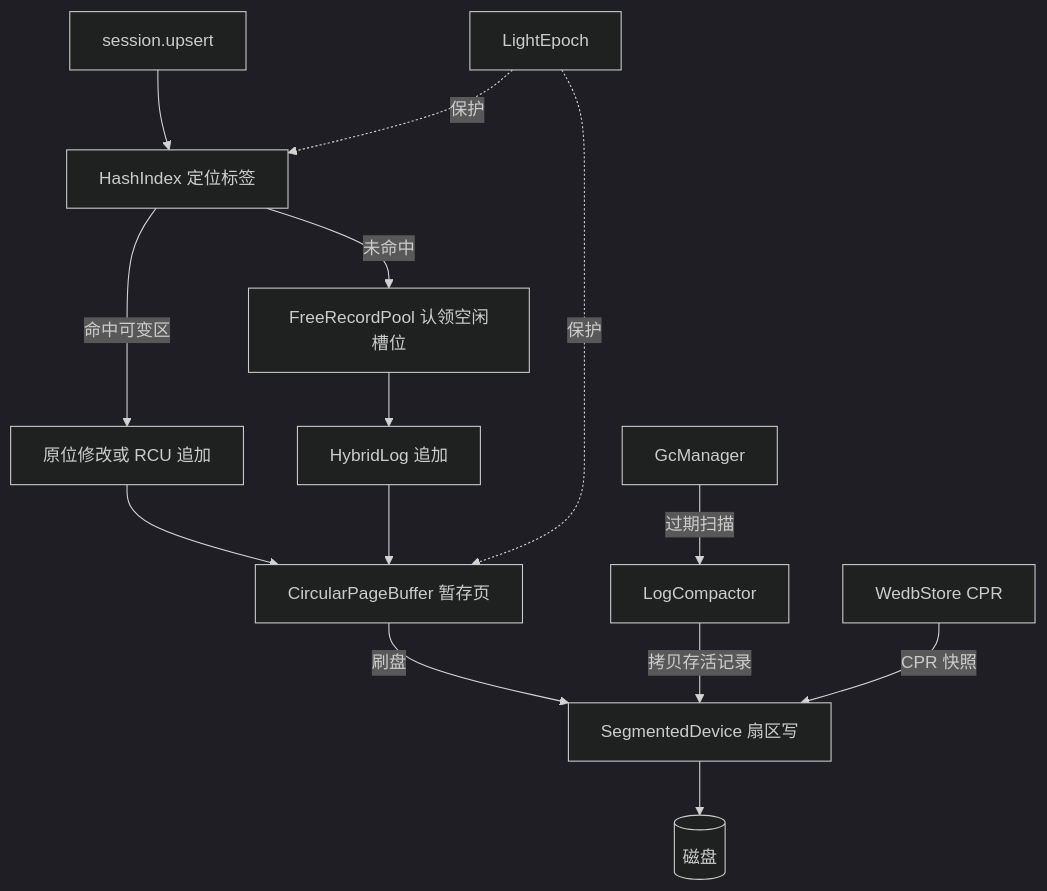
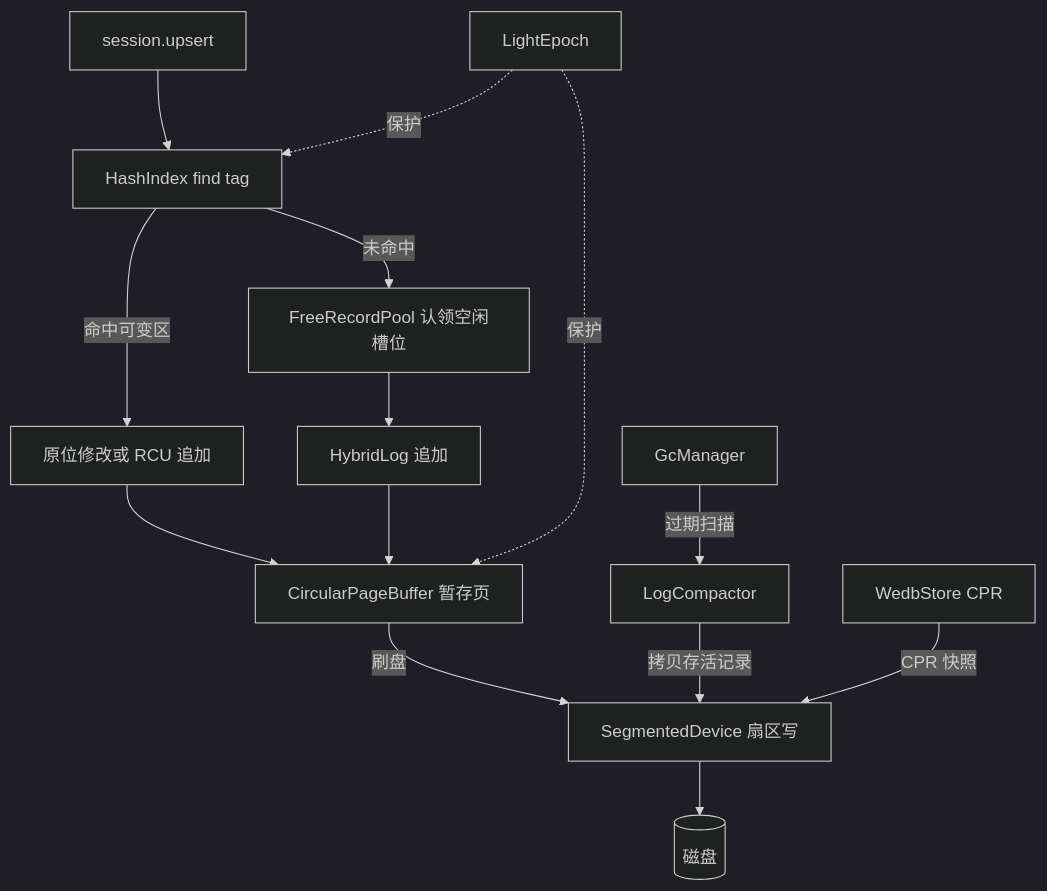
One commit to webc-site/wedb changed the second of 2 diagrams in wedb/readme/zh.md. Above: the diagram before and after it, drawn with Mermaid (dark theme). The commit also changed other lines of this file and 7 other files, not shown here.

Commit message:
docs: 校正 README crate 地图，删幽灵 wram 与虚构 16 分片，按实况重写 API 清单并再生成 mdt

````diff
--- a/wedb/readme/zh.md
+++ b/wedb/readme/zh.md
@@ -225,16 +226,16 @@
 ```mermaid
 graph TD
-  upsert[session.upsert] --> tag[HashIndex 定位标签]
+  upsert[session.upsert] --> tag[HashIndex find tag]
   tag -->|命中可变区| inplace[原位修改或 RCU 追加]
   tag -->|未命中| reviv[FreeRecordPool 认领空闲槽位]
   reviv --> alloc[HybridLog 追加]
   inplace --> staged
   alloc --> staged[CircularPageBuffer 暂存页]
   staged -->|刷盘| dev[SegmentedDevice 扇区写]
   dev --> disk[(磁盘)]
   epoch[LightEpoch] -. 保护 .-> tag
   epoch -. 保护 .-> staged
   gc[GcManager] -->|过期扫描| compactor[LogCompactor]
   compactor -->|拷贝存活记录| dev
   ckpt[WedbStore CPR] -->|CPR 快照| dev
 ```
````
